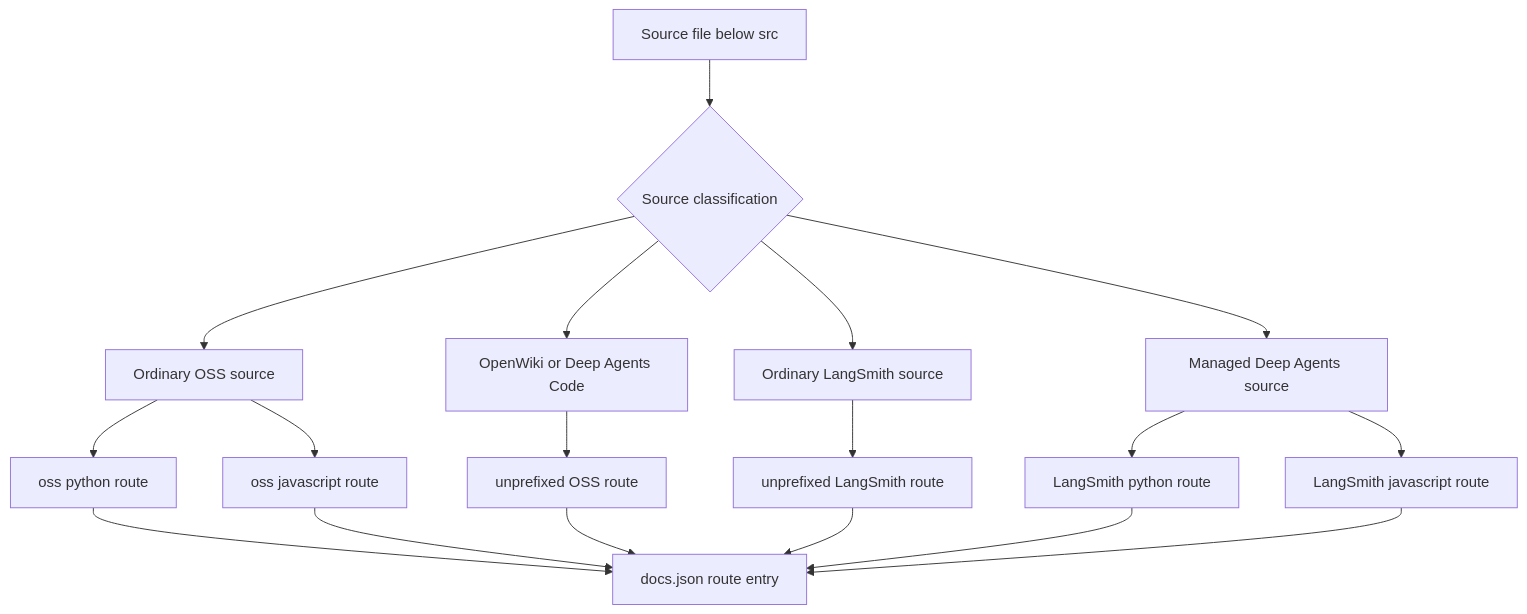
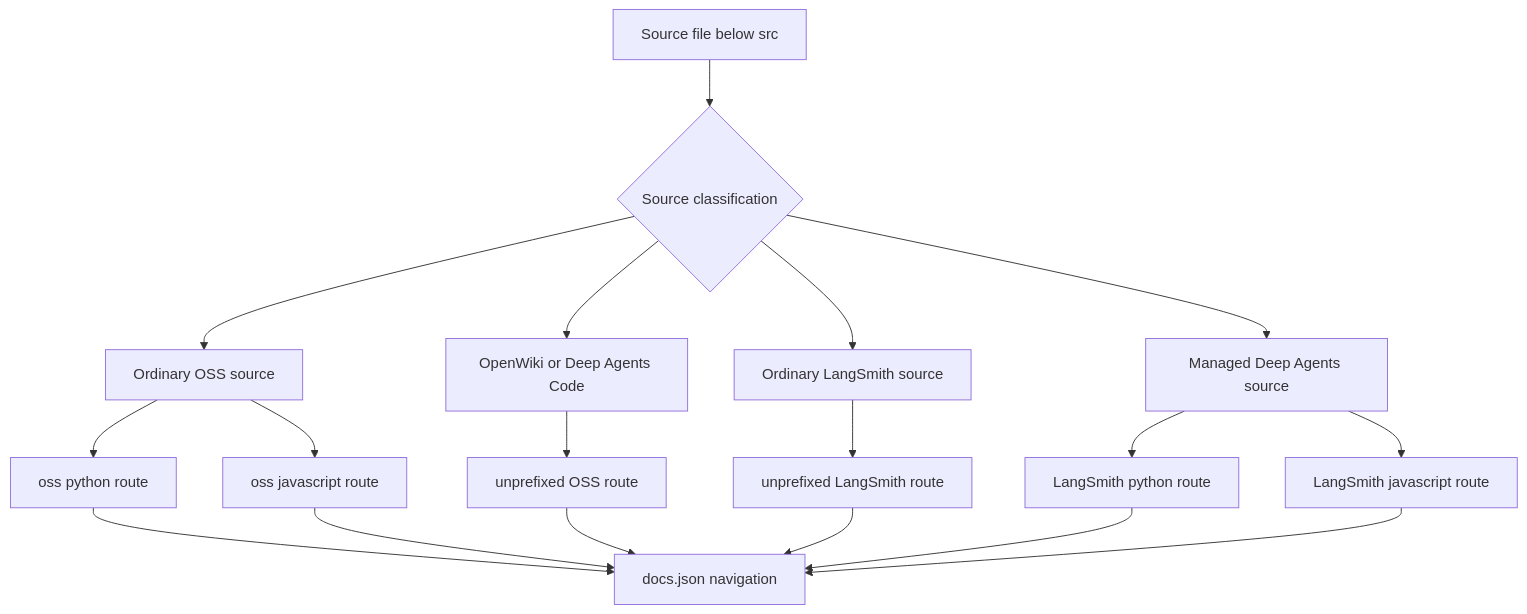
Before and after one commit to langchain-ai/docs: the first of 4 diagrams in openwiki/concepts/versioning.md, drawn with Mermaid. The commit also changed other lines of this file and 28 other files, not shown here.

````diff
--- a/openwiki/concepts/versioning.md
+++ b/openwiki/concepts/versioning.md
@@ -38,20 +59,20 @@
 ```mermaid
 flowchart TD
     Source["Source file below src"] --> Domain{"Source classification"}
     Domain --> SharedOss["Ordinary OSS source"]
     SharedOss --> OssPy["oss python route"]
     SharedOss --> OssJs["oss javascript route"]
     Domain --> Product["OpenWiki or Deep Agents Code"]
     Product --> OneOss["unprefixed OSS route"]
     Domain --> LangSmith["Ordinary LangSmith source"]
     LangSmith --> OneSmith["unprefixed LangSmith route"]
     Domain --> Managed["Managed Deep Agents source"]
     Managed --> ManagedPy["LangSmith python route"]
     Managed --> ManagedJs["LangSmith javascript route"]
-    OssPy --> Nav["docs.json route entry"]
+    OssPy --> Nav["docs.json navigation"]
     OssJs --> Nav
     OneOss --> Nav
     OneSmith --> Nav
     ManagedPy --> Nav
     ManagedJs --> Nav
 ```
````
